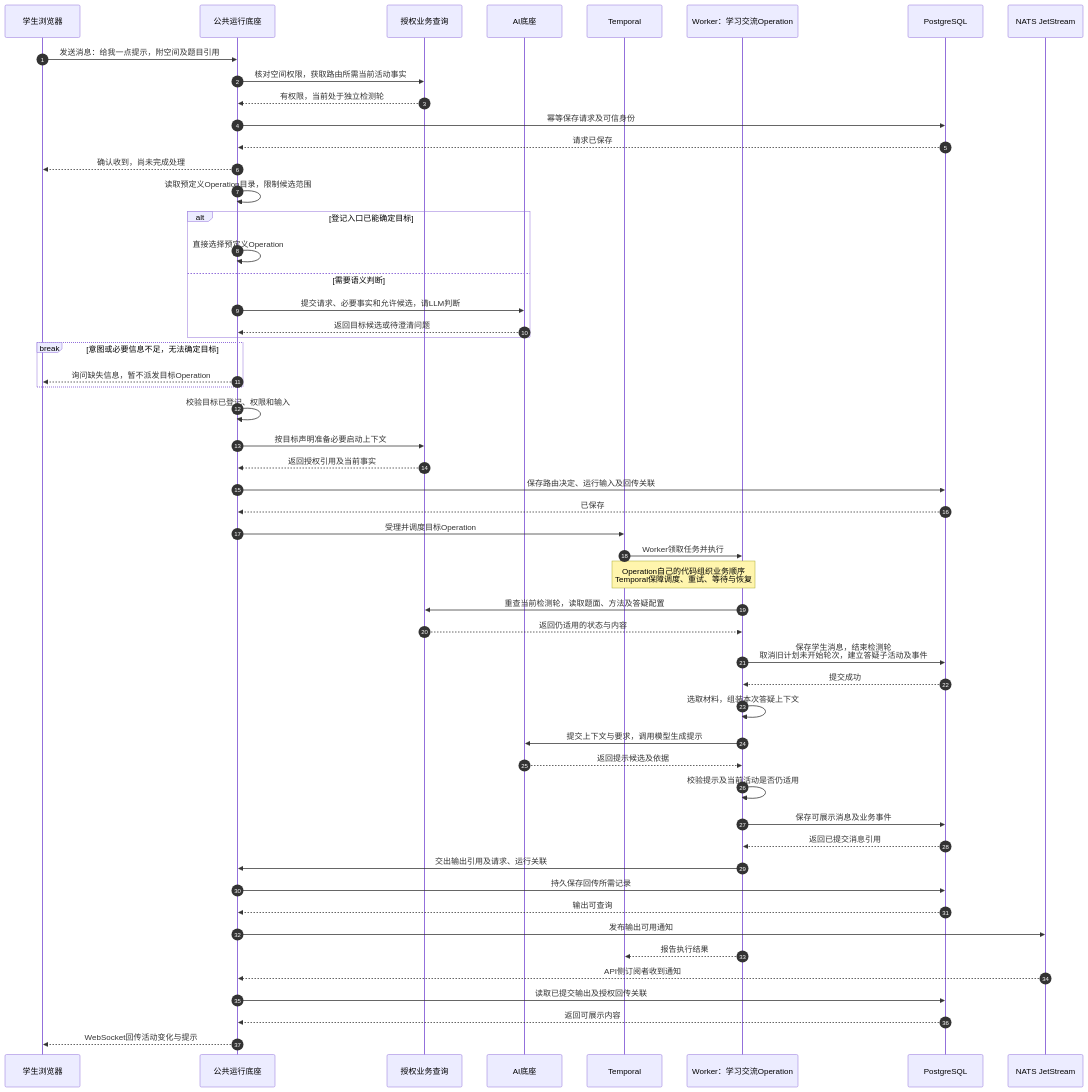
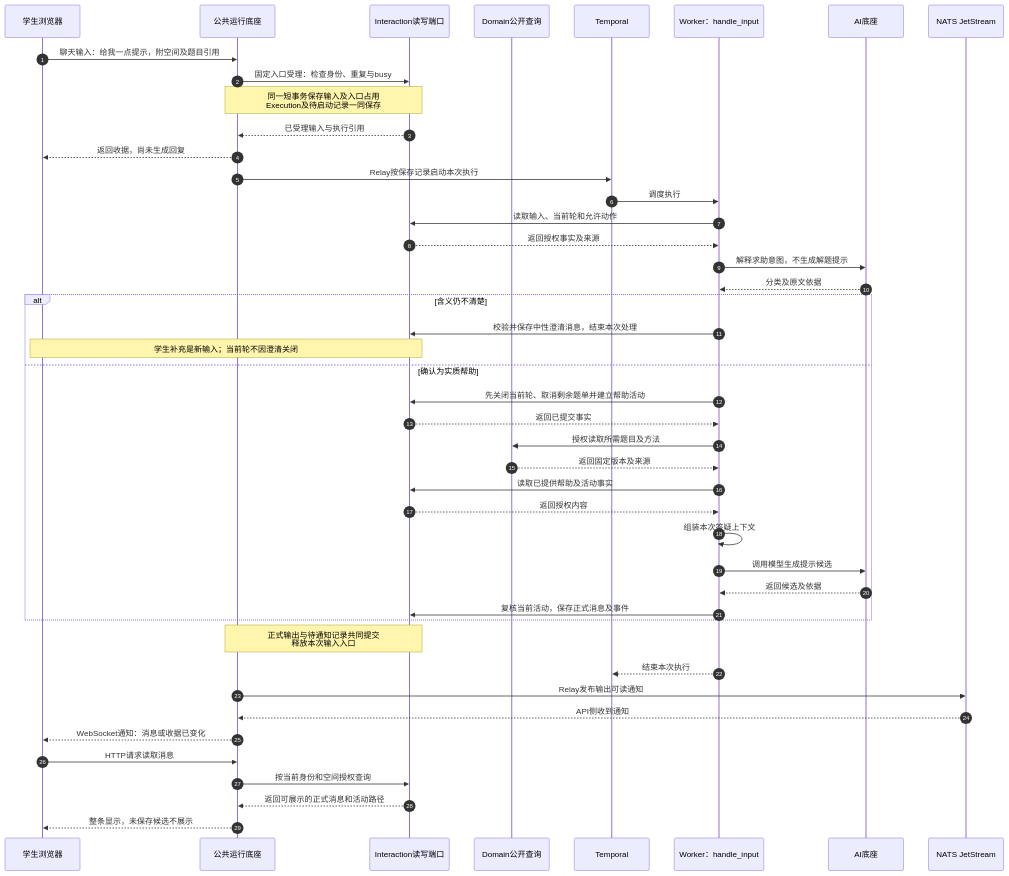
One commit to ivgotcrazy/deermind changed the eighth of 10 diagrams in doc/mvp/m1/engineering/System_Design.md. Above: the diagram before and after it, drawn with Mermaid. The commit also changed other lines of this file and 13 other files, not shown here.

````diff
--- a/doc/mvp/m1/engineering/System_Design.md
+++ b/doc/mvp/m1/engineering/System_Design.md
@@ -520,55 +518,47 @@
 ```mermaid
 sequenceDiagram
   autonumber
   participant F as 学生浏览器
   participant R as 公共运行底座
-  participant Q as 授权业务查询
+  participant I as Interaction读写端口
+  participant D as Domain公开查询
+  participant T as Temporal
+  participant W as Worker：handle_input
   participant A as AI底座
-  participant T as Temporal
-  participant W as Worker：学习交流Operation
-  participant D as PostgreSQL
   participant N as NATS JetStream
-  F->>R: 发送消息：给我一点提示，附空间及题目引用
-  R->>Q: 核对空间权限，获取路由所需当前活动事实
-  Q-->>R: 有权限，当前处于独立检测轮
-  R->>D: 幂等保存请求及可信身份
-  D-->>R: 请求已保存
-  R-->>F: 确认收到，尚未完成处理
-  R->>R: 读取预定义Operation目录，限制候选范围
-  alt 登记入口已能确定目标
-    R->>R: 直接选择预定义Operation
-  else 需要语义判断
-    R->>A: 提交请求、必要事实和允许候选，请LLM判断
-    A-->>R: 返回目标候选或待澄清问题
+  F->>R: 聊天输入：给我一点提示，附空间及题目引用
+  R->>I: 固定入口受理：检查身份、重复与busy
+  Note over R,I: 同一短事务保存输入及入口占用<br/>Execution及待启动记录一同保存
+  I-->>R: 已受理输入与执行引用
+  R-->>F: 返回收据，尚未生成回复
+  R->>T: Relay按保存记录启动本次执行
+  T->>W: 调度执行
+  W->>I: 读取输入、当前轮和允许动作
+  I-->>W: 返回授权事实及来源
+  W->>A: 解释求助意图，不生成解题提示
+  A-->>W: 分类及原文依据
+  alt 含义仍不清楚
+    W->>I: 校验并保存中性澄清消息，结束本次处理
+    Note over F,I: 学生补充是新输入；当前轮不因澄清关闭
+  else 确认为实质帮助
+    W->>I: 先关闭当前轮、取消剩余题单并建立帮助活动
+    I-->>W: 返回已提交事实
+    W->>D: 授权读取所需题目及方法
+    D-->>W: 返回固定版本及来源
+    W->>I: 读取已提供帮助及活动事实
+    I-->>W: 返回授权内容
+    W->>W: 组装本次答疑上下文
+    W->>A: 调用模型生成提示候选
+    A-->>W: 返回候选及依据
+    W->>I: 复核当前活动，保存正式消息及事件
   end
-  break 意图或必要信息不足，无法确定目标
-    R-->>F: 询问缺失信息，暂不派发目标Operation
-  end
-  R->>R: 校验目标已登记、权限和输入
-  R->>Q: 按目标声明准备必要启动上下文
-  Q-->>R: 返回授权引用及当前事实
-  R->>D: 保存路由决定、运行输入及回传关联
-  D-->>R: 已保存
-  R->>T: 受理并调度目标Operation
-  T->>W: Worker领取任务并执行
-  Note over T,W: Operation自己的代码组织业务顺序<br/>Temporal保障调度、重试、等待与恢复
-  W->>Q: 重查当前检测轮，读取题面、方法及答疑配置
-  Q-->>W: 返回仍适用的状态与内容
-  W->>D: 保存学生消息，结束检测轮<br/>取消旧计划未开始轮次，建立答疑子活动及事件
-  D-->>W: 提交成功
-  W->>W: 选取材料，组装本次答疑上下文
-  W->>A: 提交上下文与要求，调用模型生成提示
-  A-->>W: 返回提示候选及依据
-  W->>W: 校验提示及当前活动是否仍适用
-  W->>D: 保存可展示消息及业务事件
-  D-->>W: 返回已提交消息引用
-  W->>R: 交出输出引用及请求、运行关联
-  R->>D: 持久保存回传所需记录
-  D-->>R: 输出可查询
-  R->>N: 发布输出可用通知
-  W-->>T: 报告执行结果
-  N-->>R: API侧订阅者收到通知
-  R->>D: 读取已提交输出及授权回传关联
-  D-->>R: 返回可展示内容
-  R-->>F: WebSocket回传活动变化与提示
+  Note over R,I: 正式输出与待通知记录共同提交<br/>释放本次输入入口
+  W-->>T: 结束本次执行
+  R->>N: Relay发布输出可读通知
+  N-->>R: API侧收到通知
+  R-->>F: WebSocket通知：消息或收据已变化
+  F->>R: HTTP请求读取消息
+  R->>I: 按当前身份和空间授权查询
+  I-->>R: 返回可展示的正式消息和活动路径
+  R-->>F: 整条显示，未保存候选不展示
 ```
````
